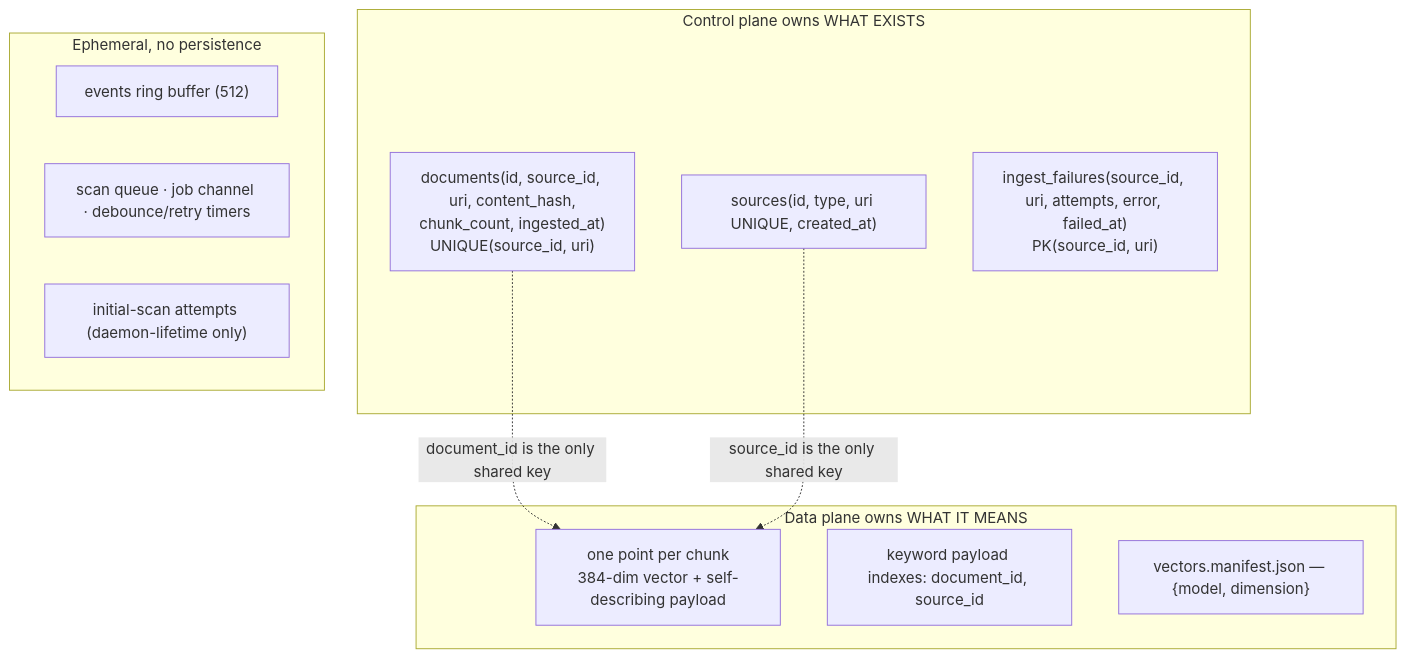
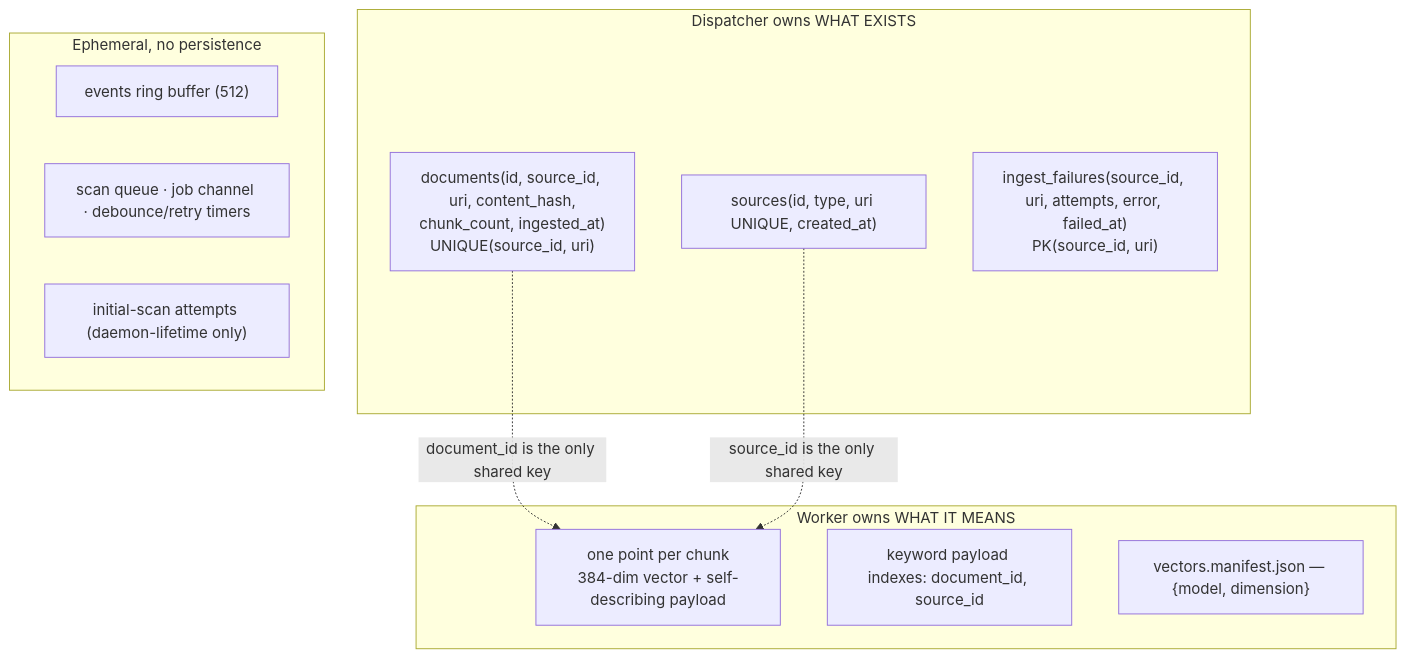
One commit to alDuncanson/lum changed diagram 17 of 17 in docs/diagrams.md. Above: the diagram before and after it, drawn with Mermaid. The commit also changed other lines of this file and 107 other files, not shown here.

````diff
--- a/docs/diagrams.md
+++ b/docs/diagrams.md
@@ -741,23 +742,23 @@
 ```mermaid
 flowchart TB
-    subgraph cpown["Control plane owns WHAT EXISTS"]
+    subgraph cpown["Dispatcher owns WHAT EXISTS"]
         S1["sources(id, type, uri UNIQUE, created_at)"]
         S2["documents(id, source_id, uri, content_hash,<br/>chunk_count, ingested_at)<br/>UNIQUE(source_id, uri)"]
         S3["ingest_failures(source_id, uri, attempts, error, failed_at)<br/>PK(source_id, uri)"]
     end
 
-    subgraph dpown["Data plane owns WHAT IT MEANS"]
+    subgraph dpown["Worker owns WHAT IT MEANS"]
         V1["one point per chunk<br/>384-dim vector + self-describing payload"]
         V2["keyword payload indexes: document_id, source_id"]
         V3["vectors.manifest.json — {model, dimension}"]
     end
 
     subgraph eph["Ephemeral, no persistence"]
         E1["events ring buffer (512)"]
         E2["scan queue · job channel · debounce/retry timers"]
         E3["initial-scan attempts (daemon-lifetime only)"]
     end
 
     S2 -.->|"document_id is the only shared key"| V1
     S1 -.->|"source_id is the only shared key"| V1
 ```
````
